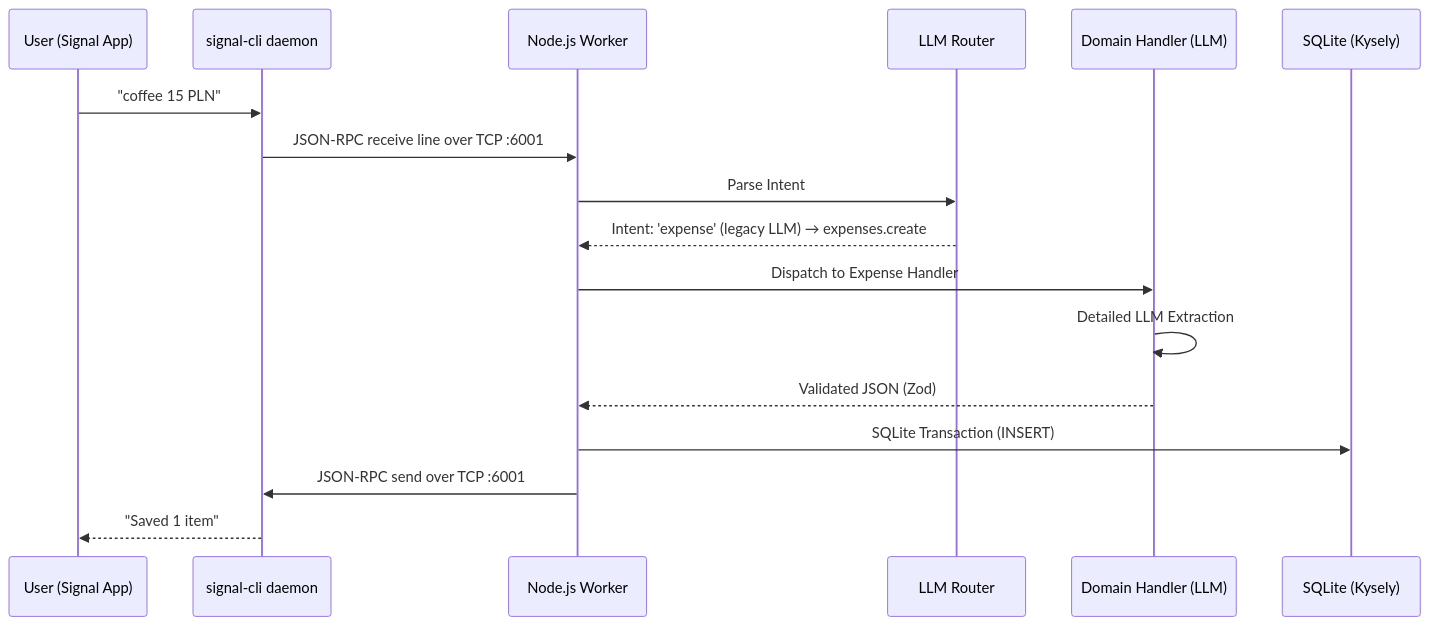
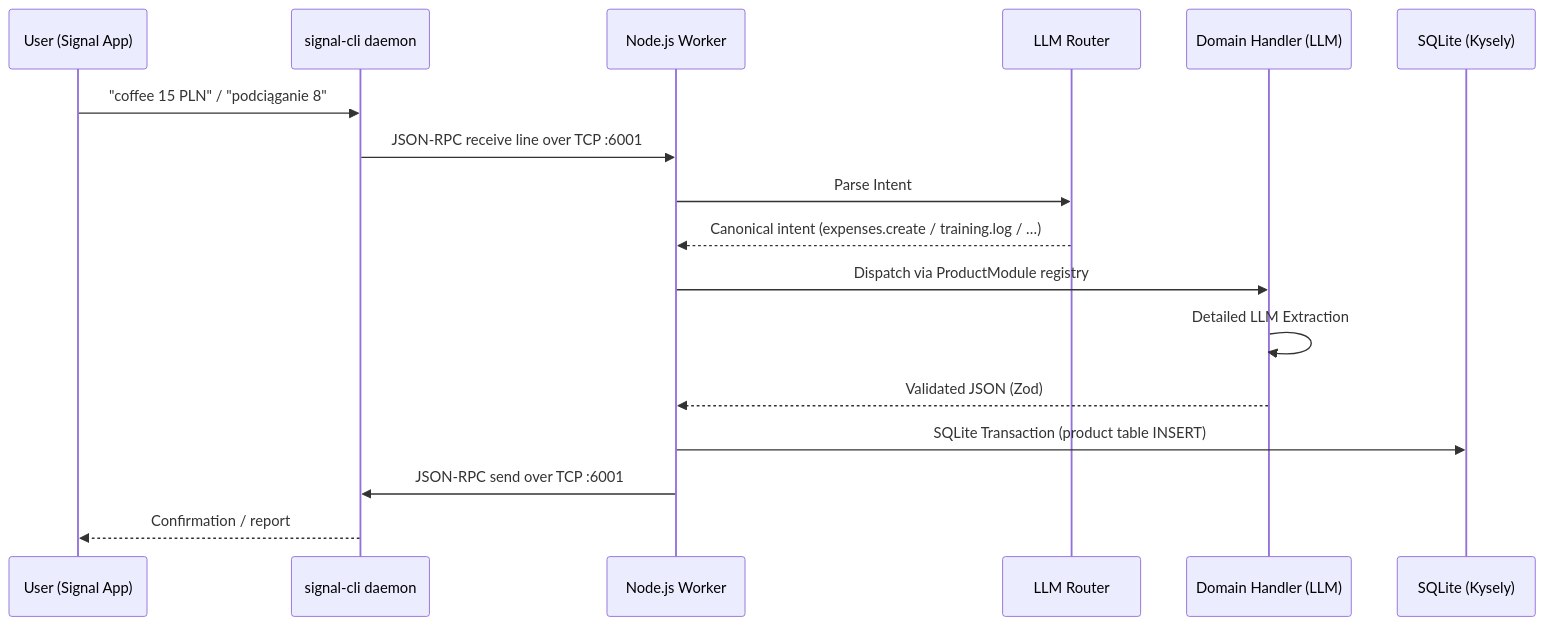
Before and after one commit to sid2602/tracker: the diagram in architecture.md, drawn with Mermaid. The commit also changed other lines of this file and 40 other files, not shown here.

````diff
--- a/architecture.md
+++ b/architecture.md
@@ -11,20 +11,20 @@
 ```mermaid
 sequenceDiagram
     participant User (Signal App)
     participant SignalCLI as signal-cli daemon
     participant Worker as Node.js Worker
     participant Router as LLM Router
     participant Domain as Domain Handler (LLM)
     participant DB as SQLite (Kysely)
 
-    User (Signal App)->>SignalCLI: "coffee 15 PLN"
+    User (Signal App)->>SignalCLI: "coffee 15 PLN" / "podciąganie 8"
     SignalCLI->>Worker: JSON-RPC receive line over TCP :6001
     Worker->>Router: Parse Intent
-    Router-->>Worker: Intent: 'expense' (legacy LLM) → expenses.create
-    Worker->>Domain: Dispatch to Expense Handler
+    Router-->>Worker: Canonical intent (expenses.create / training.log / …)
+    Worker->>Domain: Dispatch via ProductModule registry
     Domain->>Domain: Detailed LLM Extraction
     Domain-->>Worker: Validated JSON (Zod)
-    Worker->>DB: SQLite Transaction (INSERT)
+    Worker->>DB: SQLite Transaction (product table INSERT)
     Worker->>SignalCLI: JSON-RPC send over TCP :6001
-    SignalCLI-->>User (Signal App): "Saved 1 item"
+    SignalCLI-->>User (Signal App): Confirmation / report
 ```
````
